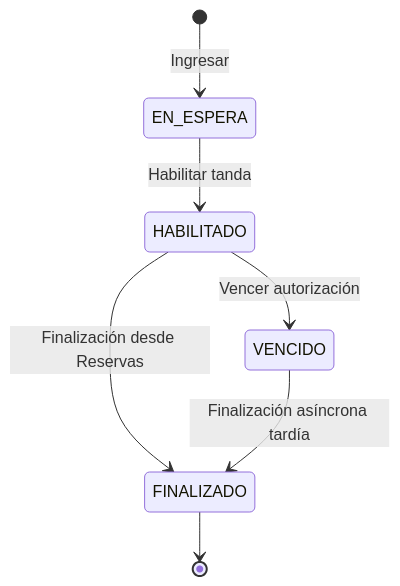
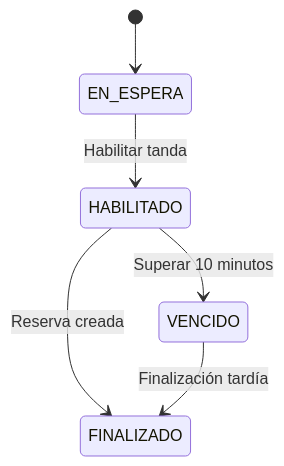
One commit to LuliDiNucci/arquitecturasGrupo12 changed the diagram in TPE-micro2/msvc-fila-virtual/docs/02-ARQUITECTURA-Y-DIAGRAMAS.md. Above: the diagram before and after it, drawn with Mermaid. The commit also changed other lines of this file and 294 other files, not shown here.

````diff
--- a/TPE-micro2/msvc-fila-virtual/docs/02-ARQUITECTURA-Y-DIAGRAMAS.md
+++ b/TPE-micro2/msvc-fila-virtual/docs/02-ARQUITECTURA-Y-DIAGRAMAS.md
@@ -203,9 +62,8 @@
 ```mermaid
 stateDiagram-v2
-    [*] --> EN_ESPERA: Ingresar
+    [*] --> EN_ESPERA
     EN_ESPERA --> HABILITADO: Habilitar tanda
-    HABILITADO --> VENCIDO: Vencer autorización
-    HABILITADO --> FINALIZADO: Finalización desde Reservas
-    VENCIDO --> FINALIZADO: Finalización asíncrona tardía
-    FINALIZADO --> [*]
+    HABILITADO --> VENCIDO: Superar 10 minutos
+    HABILITADO --> FINALIZADO: Reserva creada
+    VENCIDO --> FINALIZADO: Finalización tardía
 ```
````
